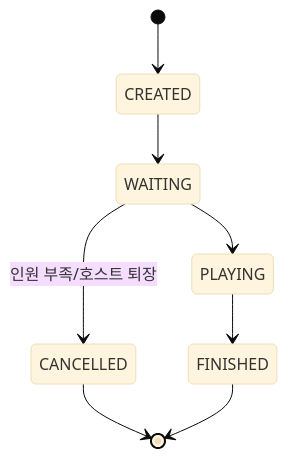
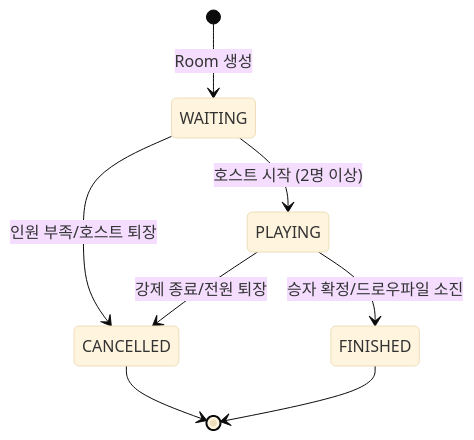
Before and after one commit to k82022603/RummiArena: the first of 6 diagrams in docs/02-design/05-game-session-design.md, drawn with Mermaid (base theme). The commit also changed other lines of this file and 9 other files, not shown here.

````diff
--- a/docs/02-design/05-game-session-design.md
+++ b/docs/02-design/05-game-session-design.md
@@ -5,10 +5,10 @@
 ```mermaid
 stateDiagram-v2
-    [*] --> CREATED
-    CREATED --> WAITING
-    WAITING --> PLAYING
+    [*] --> WAITING : Room 생성
+    WAITING --> PLAYING : 호스트 시작 (2명 이상)
     WAITING --> CANCELLED : 인원 부족/호스트 퇴장
-    PLAYING --> FINISHED
+    PLAYING --> FINISHED : 승자 확정/드로우파일 소진
+    PLAYING --> CANCELLED : 강제 종료/전원 퇴장
     CANCELLED --> [*]
     FINISHED --> [*]
 ```
````
